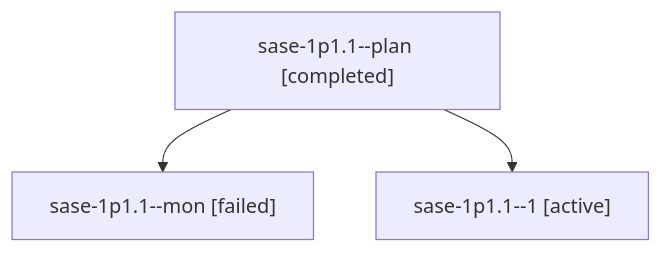
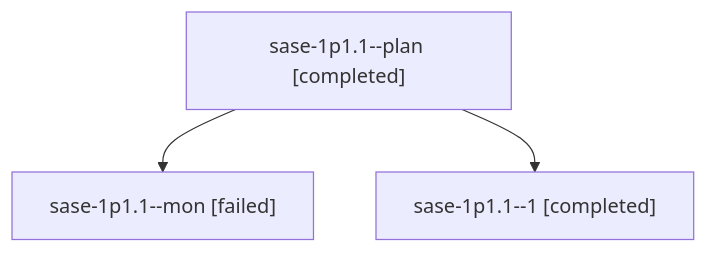
Before and after one commit to sase-org/sase--agents: the diagram in sessions/bbugyi200.athena.sase-1p1.1.md, drawn with Mermaid. The commit also changed other lines of this file and 38 other files, not shown here.

````diff
--- a/sessions/bbugyi200.athena.sase-1p1.1.md
+++ b/sessions/bbugyi200.athena.sase-1p1.1.md
@@ -9,8 +9,8 @@
 ```mermaid
 flowchart TD
   n0["sase-1p1.1--plan [completed]"]
   n1["sase-1p1.1--mon [failed]"]
   n0 --> n1
-  n2["sase-1p1.1--1 [active]"]
+  n2["sase-1p1.1--1 [completed]"]
   n0 --> n2
 ```
````
